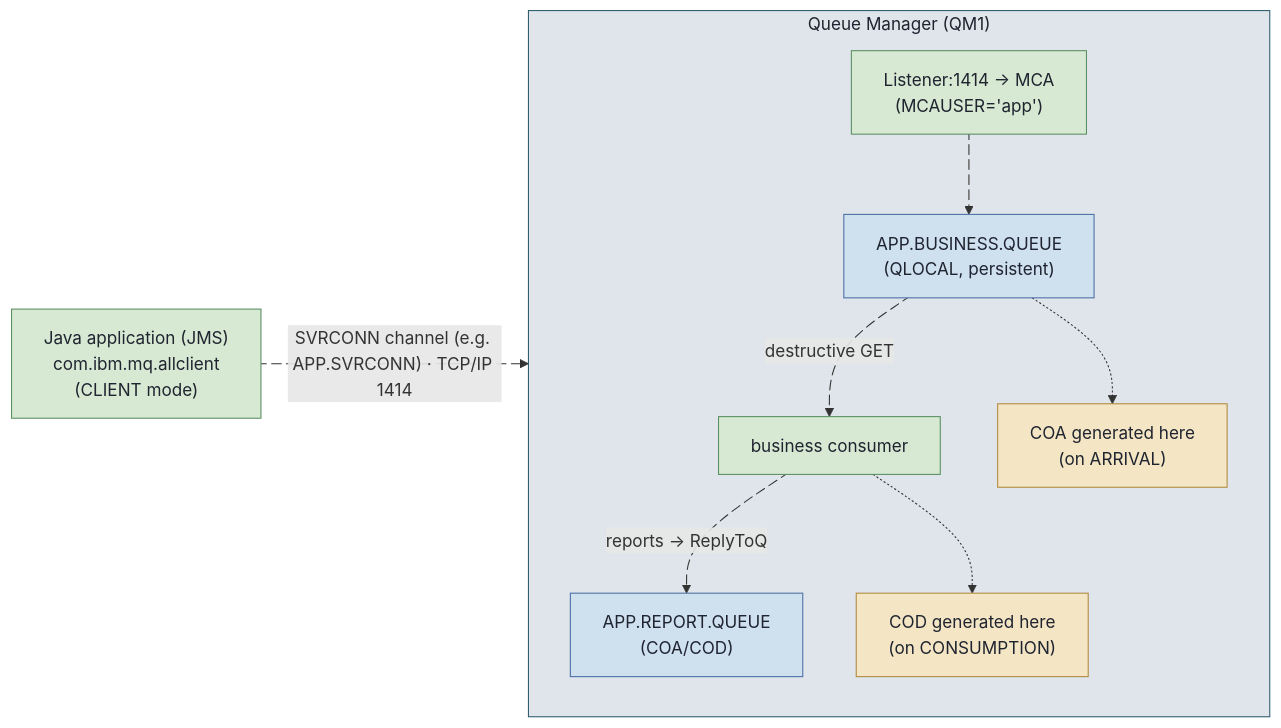
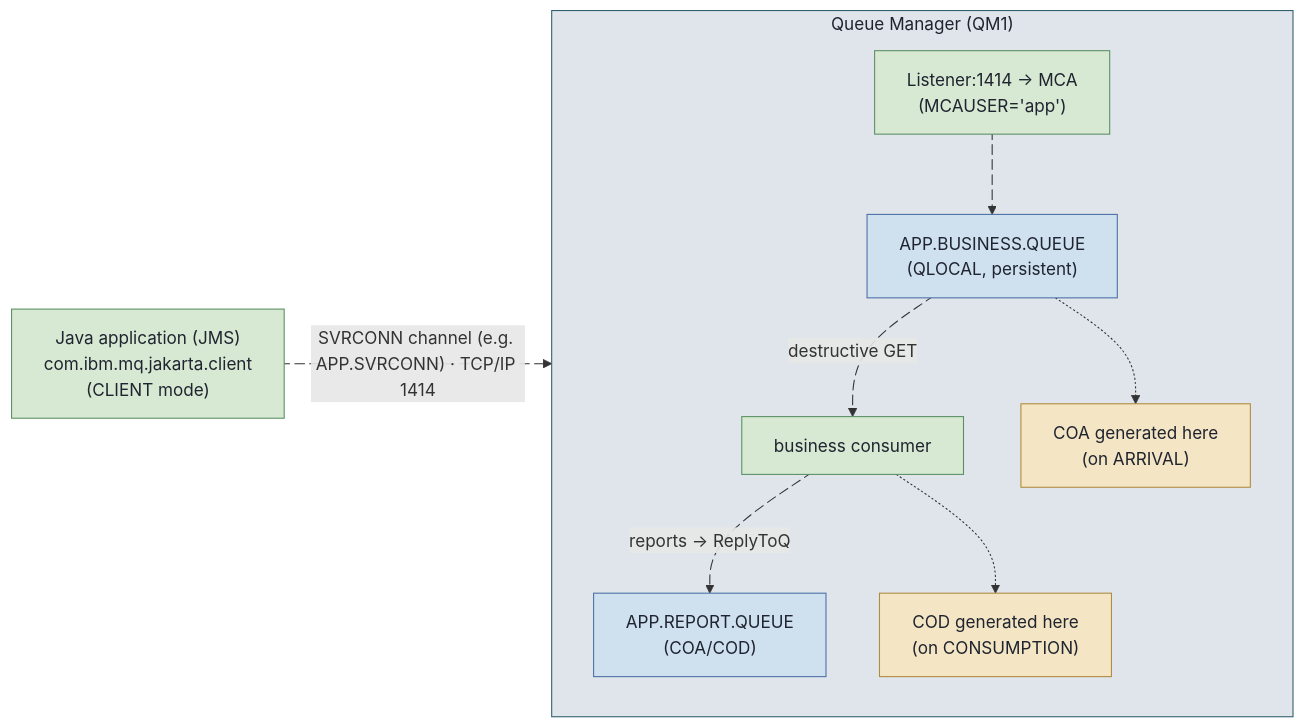
One commit to rodrigorjsf/ibm-mq-java-poc changed the first of 7 diagrams in docs/guide-ibmmq-jms-micronaut.md. Above: the diagram before and after it, drawn with Mermaid. The commit also changed other lines of this file and 2 other files, not shown here.

First line of the commit message:
docs(guide): flip bilingual guide to Jakarta Messaging 3.0 primary + migration section (#95) (#96)

````diff
--- a/docs/guide-ibmmq-jms-micronaut.md
+++ b/docs/guide-ibmmq-jms-micronaut.md
@@ -81,33 +81,33 @@
 ```mermaid
 flowchart LR
-    APP["Java application (JMS)<br/>com.ibm.mq.allclient<br/>(CLIENT mode)"]
+    APP["Java application (JMS)<br/>com.ibm.mq.jakarta.client<br/>(CLIENT mode)"]
     subgraph QM1["Queue Manager (QM1)"]
         direction TB
         LIS["Listener:1414 → MCA<br/>(MCAUSER='app')"]
         BQ["APP.BUSINESS.QUEUE<br/>(QLOCAL, persistent)"]
         CONS["business consumer"]
         RQ["APP.REPORT.QUEUE<br/>(COA/COD)"]
         COA["COA generated here<br/>(on ARRIVAL)"]
         COD["COD generated here<br/>(on CONSUMPTION)"]
         LIS e4@--> BQ
         BQ e2@-->|"destructive GET"| CONS
         CONS e3@-->|"reports → ReplyToQ"| RQ
         BQ -.-> COA
         CONS -.-> COD
     end
     APP e1@-->|"SVRCONN channel (e.g. APP.SVRCONN) · TCP/IP 1414"| LIS
 
     e1@{ animate: true }
     e2@{ animate: true }
     e3@{ animate: true }
     e4@{ animate: true }
 
     classDef queue fill:#cfe0ef,stroke:#4a6fa5,color:#1f2430;
     classDef proc fill:#d7e9d2,stroke:#5a8f63,color:#1f2430;
     classDef report fill:#f4e6c4,stroke:#b08a3e,color:#1f2430;
 
     class APP,CONS,LIS proc;
     class BQ,RQ queue;
     class COA,COD report;
     style QM1 fill:#dfe5ea,stroke:#2f5d6e,color:#1f2430;
 ```
````
